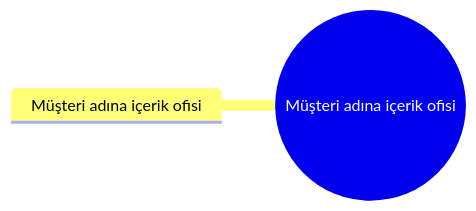
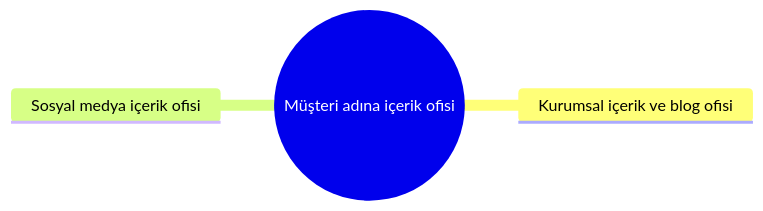
Before and after one commit to sametkarabulut-dev/xfuturepos-v2: the diagram in 02 İşletmeler/15 Teknoloji Medya & Ajans/Müşteri adına içerik ofisi/Dal – Müşteri adına içerik ofisi.md, drawn with Mermaid. The commit also changed other lines of this file and 241 other files, not shown here.

````diff
--- a/02 İşletmeler/15 Teknoloji Medya & Ajans/Müşteri adına içerik ofisi/Dal – Müşteri adına içerik ofisi.md
+++ b/02 İşletmeler/15 Teknoloji Medya & Ajans/Müşteri adına içerik ofisi/Dal – Müşteri adına içerik ofisi.md
@@ -22,5 +23,6 @@
 ```mermaid
 mindmap
   root((Müşteri adına içerik ofisi))
-    Müşteri adına içerik ofisi
+    Kurumsal içerik ve blog ofisi
+    Sosyal medya içerik ofisi
 ```
````
